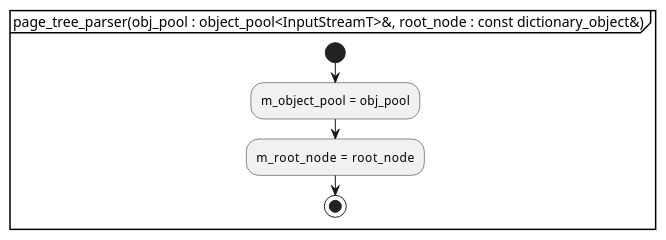
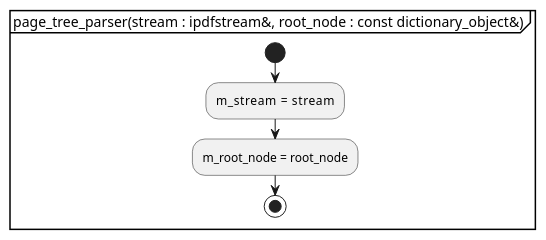
The first of 3 diagrams in document/document_reader/page_tree_parser/page_tree_parser.activity.pu (KodaiYM/PDFReader), drawn with PlantUML before and after one commit. The commit also changed other lines of this file and 38 other files, not shown here.

Commit message:
object_pool 周りの依存関係の修正

```diff
--- a/document/document_reader/page_tree_parser/page_tree_parser.activity.pu
+++ b/document/document_reader/page_tree_parser/page_tree_parser.activity.pu
@@ -1,8 +1,8 @@
 @startuml page_tree_parser
-partition "page_tree_parser(obj_pool : object_pool<InputStreamT>&, root_node : const dictionary_object&)" {
+partition "page_tree_parser(stream : ipdfstream&, root_node : const dictionary_object&)" {
 start
-	:m_object_pool   = obj_pool;
-	:m_root_node     = root_node;
+	:m_stream    = stream;
+	:m_root_node = root_node;
 stop
 }
 @enduml
```
